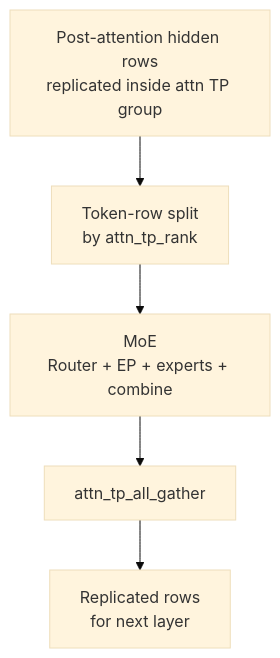
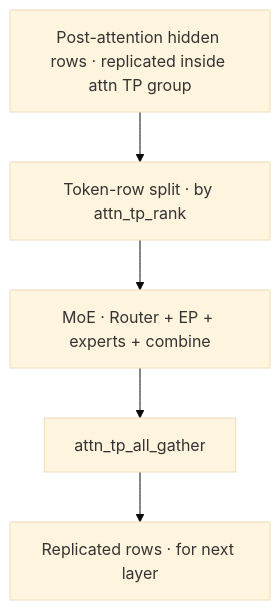
The third of 4 diagrams in docs/sglang/deepseek-v4-distributed-parallel-source-analysis.md (AkiYangDev/llm-inference-notes), drawn with Mermaid (base theme) before and after one commit. The commit also changed other lines of this file and 44 other files, not shown here.

```diff
--- a/docs/sglang/deepseek-v4-distributed-parallel-source-analysis.md
+++ b/docs/sglang/deepseek-v4-distributed-parallel-source-analysis.md
@@ -394,8 +366,8 @@
 ~~~mermaid
 flowchart TD
-    A[Post-attention hidden rows<br/>replicated inside attn TP group]
-    A --> S[Token-row split<br/>by attn_tp_rank]
-    S --> M[MoE<br/>Router + EP + experts + combine]
+    A[Post-attention hidden rows · replicated inside attn TP group]
+    A --> S[Token-row split · by attn_tp_rank]
+    S --> M[MoE · Router + EP + experts + combine]
     M --> G[attn_tp_all_gather]
-    G --> N[Replicated rows<br/>for next layer]
+    G --> N[Replicated rows · for next layer]
 ~~~
```
